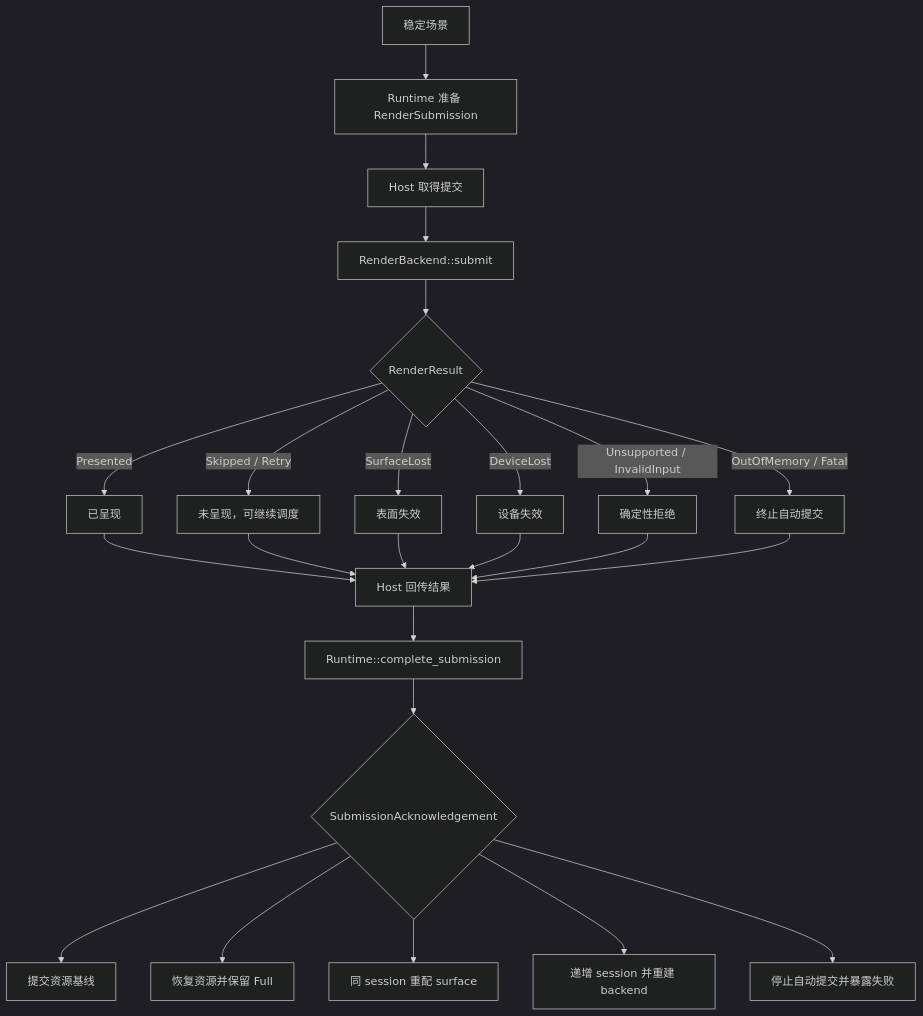
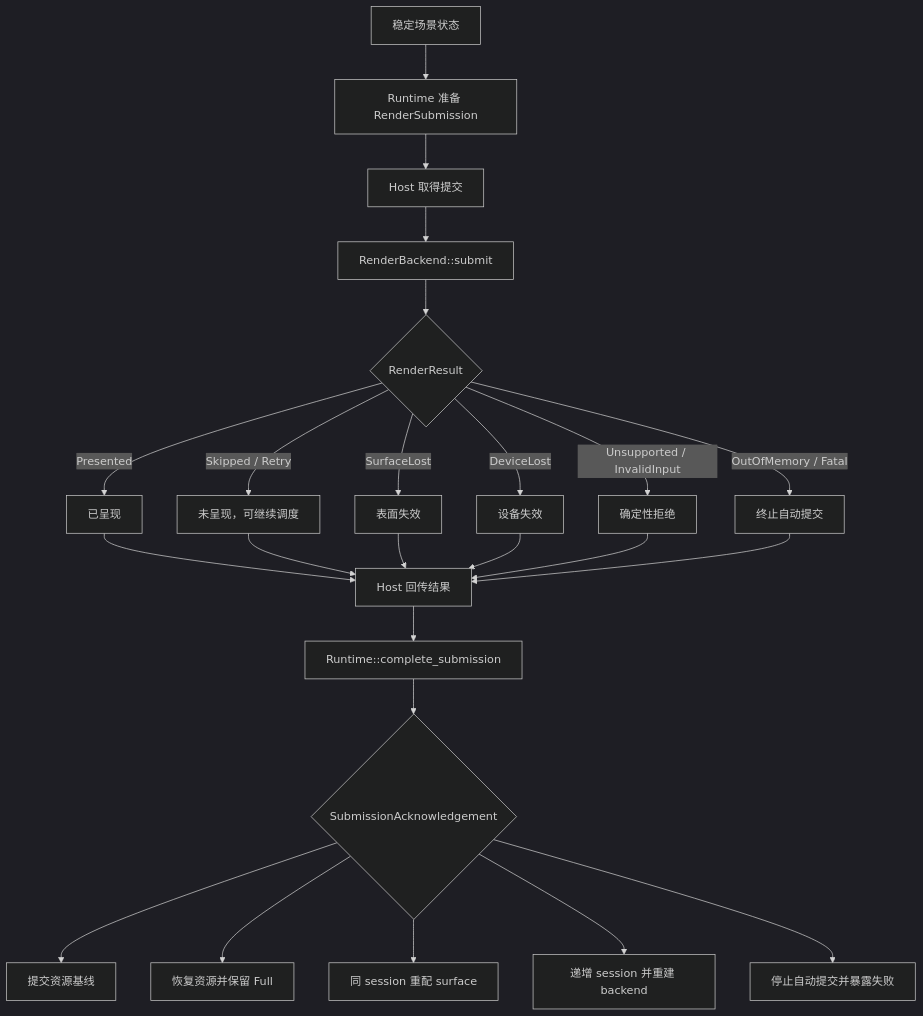
The diagram in engine/wasm_rust/novadraw/book/internals/src/07-rendering-and-frame.md (yezhang/novadraw), drawn with Mermaid (dark theme) before and after one commit. The commit also changed other lines of this file and 26 other files, not shown here.

````diff
--- a/engine/wasm_rust/novadraw/book/internals/src/07-rendering-and-frame.md
+++ b/engine/wasm_rust/novadraw/book/internals/src/07-rendering-and-frame.md
@@ -222,29 +223,29 @@
 ```mermaid
 flowchart TD
-    Stable[稳定场景] --> Prepare[Runtime 准备 RenderSubmission]
+    Stable[稳定场景状态] --> Prepare[Runtime 准备 RenderSubmission]
     Prepare --> Host[Host 取得提交]
     Host --> Backend[RenderBackend::submit]
     Backend --> Result{RenderResult}
 
     Result -->|Presented| Presented[已呈现]
     Result -->|Skipped / Retry| Deferred[未呈现，可继续调度]
     Result -->|SurfaceLost| Surface[表面失效]
     Result -->|DeviceLost| Device[设备失效]
     Result -->|Unsupported / InvalidInput| Rejected[确定性拒绝]
     Result -->|OutOfMemory / Fatal| Terminated[终止自动提交]
 
     Presented --> Return[Host 回传结果]
     Deferred --> Return
     Surface --> Return
     Device --> Return
     Rejected --> Return
     Terminated --> Return
     Return --> Complete[Runtime::complete_submission]
 
     Complete --> Ack{SubmissionAcknowledgement}
     Ack --> Baseline[提交资源基线]
     Ack --> Preserve[恢复资源并保留 Full]
     Ack --> Reconfigure[同 session 重配 surface]
     Ack --> Rebuild[递增 session 并重建 backend]
     Ack --> Stop[停止自动提交并暴露失败]
 ```
````
